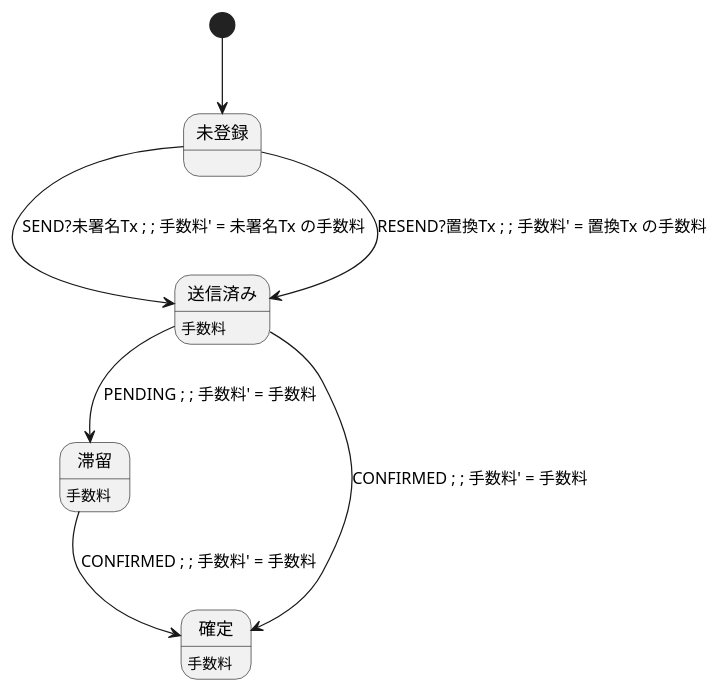
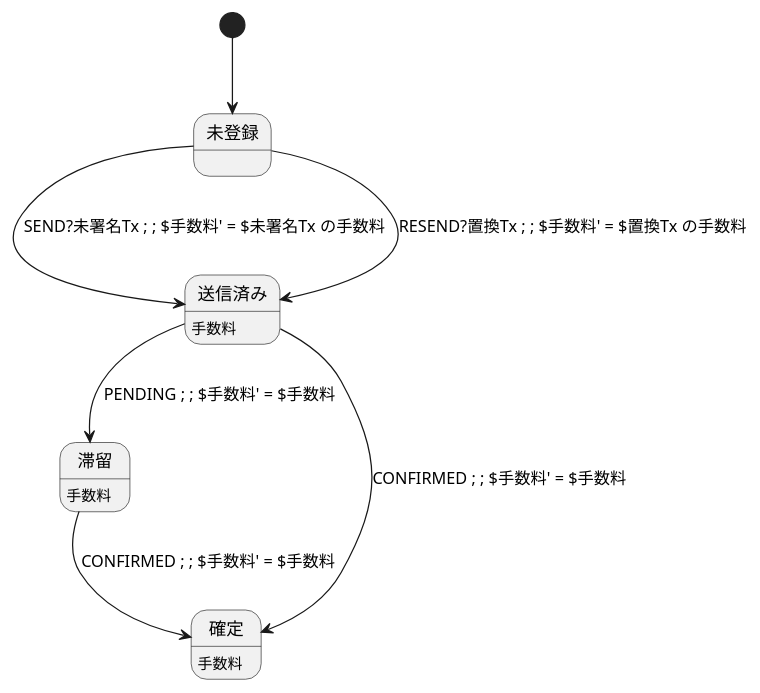
Before and after one commit to Kuniwak/puml-parallel: the diagram in examples/promote/local/ATTEMPT.puml, drawn with PlantUML. The commit also changed 12 other files, not shown here.

```diff
--- a/examples/promote/local/ATTEMPT.puml
+++ b/examples/promote/local/ATTEMPT.puml
@@ -1,20 +1,20 @@
 @startuml ATTEMPT
 ' One transaction attempt. A stuck attempt is replaced by a new one that pays a
 ' higher fee, so the family can grow without bound; whether it stops is not a
 ' property of any one step, which is why the global diagram states it as an
 ' assumption rather than a constrain.
 state "未登録" as attNone
 state "送信済み" as attSent
 attSent : 手数料
 state "滞留" as attStuck
 attStuck : 手数料
 state "確定" as attConfirmed
 attConfirmed : 手数料
 
 [*] --> attNone
-attNone --> attSent : SEND?未署名Tx ; ; 手数料' = 未署名Tx の手数料
-attNone --> attSent : RESEND?置換Tx ; ; 手数料' = 置換Tx の手数料
-attSent --> attStuck : PENDING ; ; 手数料' = 手数料
-attSent --> attConfirmed : CONFIRMED ; ; 手数料' = 手数料
-attStuck --> attConfirmed : CONFIRMED ; ; 手数料' = 手数料
+attNone --> attSent : SEND?未署名Tx ; ; $手数料' = $未署名Tx の手数料
+attNone --> attSent : RESEND?置換Tx ; ; $手数料' = $置換Tx の手数料
+attSent --> attStuck : PENDING ; ; $手数料' = $手数料
+attSent --> attConfirmed : CONFIRMED ; ; $手数料' = $手数料
+attStuck --> attConfirmed : CONFIRMED ; ; $手数料' = $手数料
 @enduml
```
